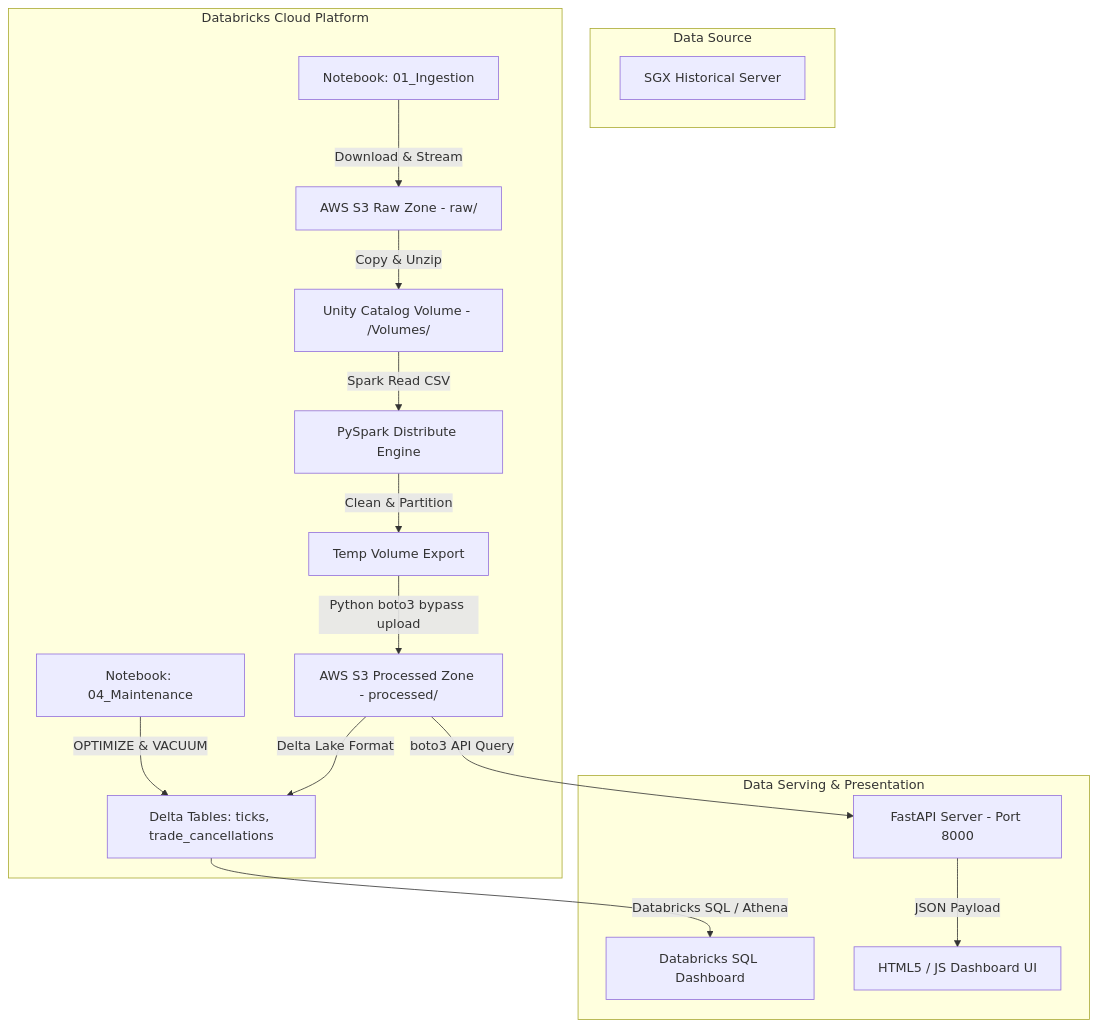
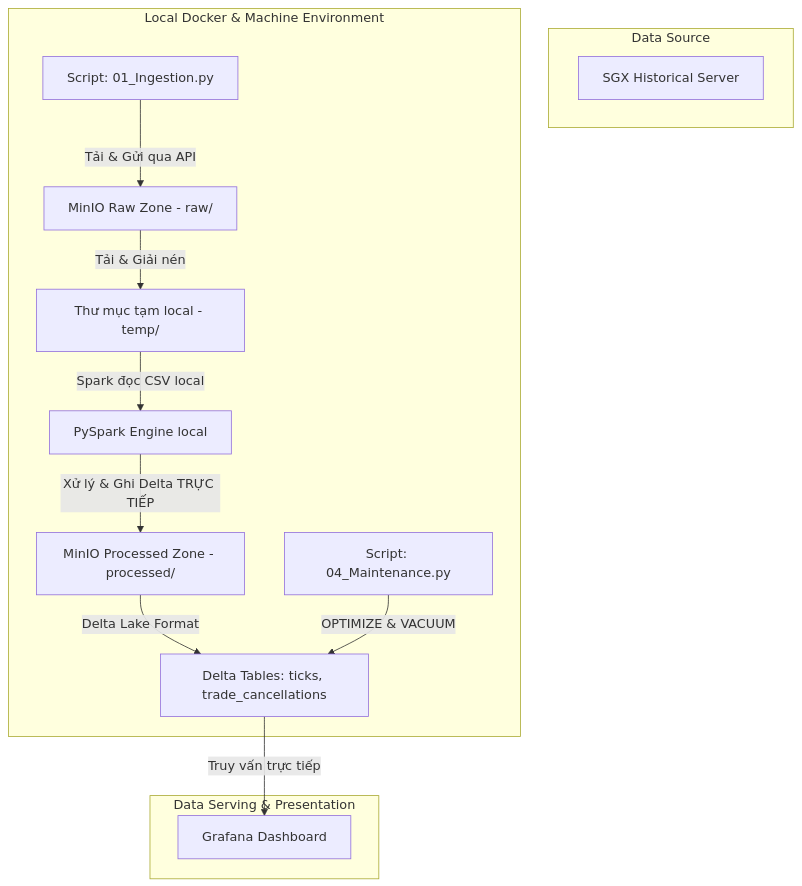
One commit to nguyenmanhtuan2004/SGX_Derivatives_Daily_Downloader changed the diagram in README.md. Above: the diagram before and after it, drawn with Mermaid. The commit also changed other lines of this file and 31 other files, not shown here.

Commit message:
feat: implement local pipeline orchestration with Spark-based ETL scripts, Docker containers, and Airflow DAGs for SGX data processing

````diff
--- a/README.md
+++ b/README.md
@@ -24,28 +25,24 @@
 ```mermaid
 graph TD
     subgraph "Data Source"
         SGX[SGX Historical Server]
     end
 
-    subgraph "Databricks Cloud Platform"
-        01_Ing[Notebook: 01_Ingestion] -->|Download & Stream| S3Raw[AWS S3 Raw Zone - raw/]
+    subgraph "Local Docker & Machine Environment"
+        01_Ing[Script: 01_Ingestion.py] -->|Tải & Gửi qua API| MinIORaw[MinIO Raw Zone - raw/]
         
-        S3Raw -->|Copy & Unzip| UC_Vol[Unity Catalog Volume - /Volumes/]
+        MinIORaw -->|Tải & Giải nén| TempFolder[Thư mục tạm local - temp/]
         
-        UC_Vol -->|Spark Read CSV| Spark[PySpark Distribute Engine]
+        TempFolder -->|Spark đọc CSV local| Spark[PySpark Engine local]
         
-        Spark -->|Clean & Partition| UC_Vol_Temp[Temp Volume Export]
+        Spark -->|Xử lý & Ghi Delta TRỰC TIẾP| MinIOProc[MinIO Processed Zone - processed/]
         
-        UC_Vol_Temp -->|Python boto3 bypass upload| S3Proc[AWS S3 Processed Zone - processed/]
+        MinIOProc -->|Delta Lake Format| Delta[Delta Tables: ticks, trade_cancellations]
         
-        S3Proc -->|Delta Lake Format| Delta[Delta Tables: ticks, trade_cancellations]
-        
-        Maint[Notebook: 04_Maintenance] -->|OPTIMIZE & VACUUM| Delta
+        Maint[Script: 04_Maintenance.py] -->|OPTIMIZE & VACUUM| Delta
     end
 
     subgraph "Data Serving & Presentation"
-        Delta -->|Databricks SQL / Athena| DB_Dash[Databricks SQL Dashboard]
-        S3Proc -->|boto3 API Query| FastAPI[FastAPI Server - Port 8000]
-        FastAPI -->|JSON Payload| Frontend[HTML5 / JS Dashboard UI]
+        Delta -->|Truy vấn trực tiếp| Grafana[Grafana Dashboard]
     end
 ```
````
